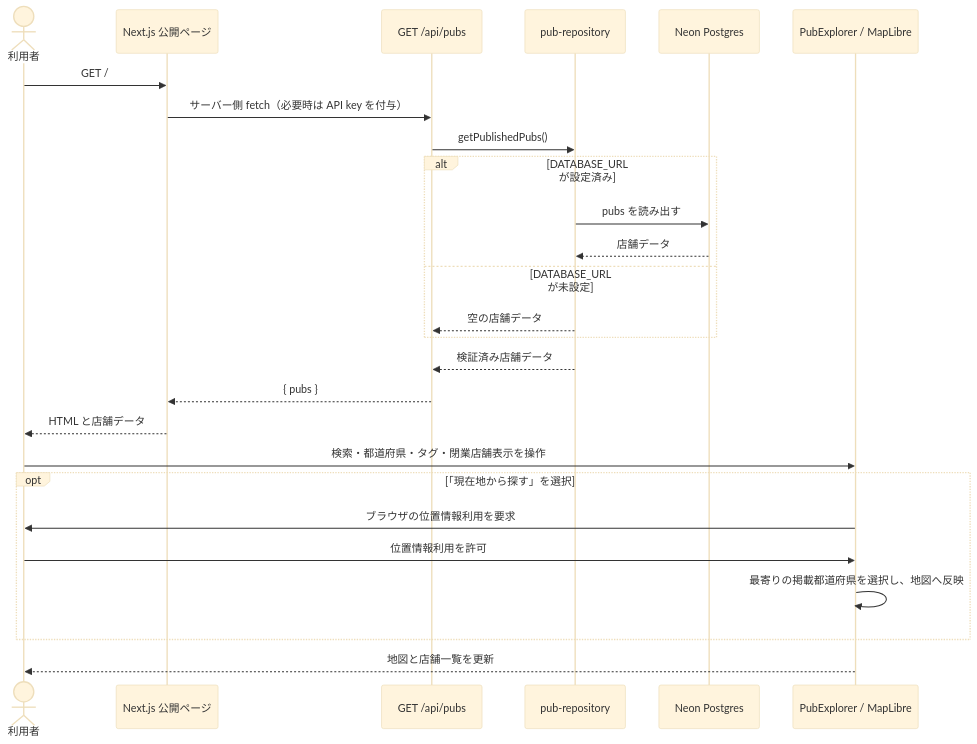
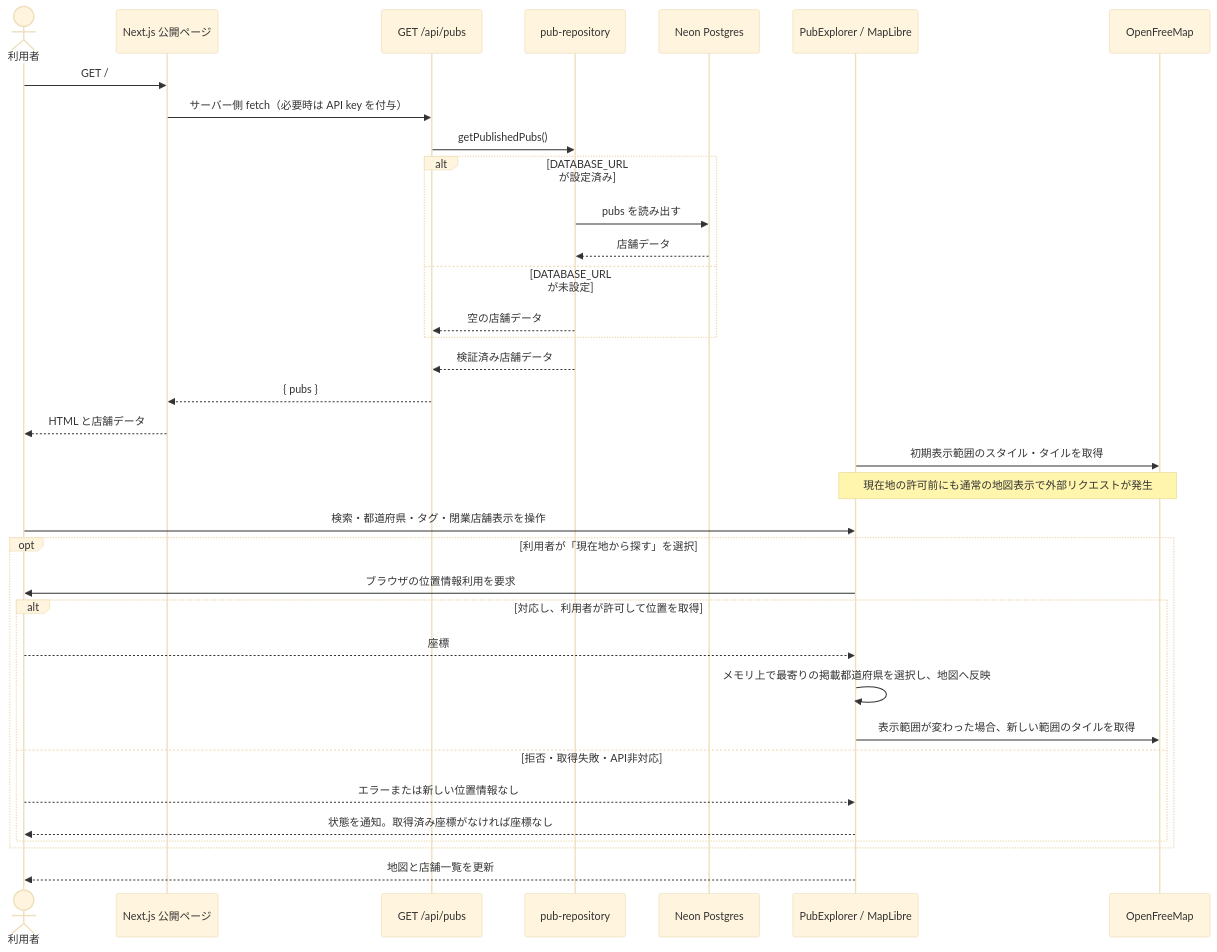
The first of 4 diagrams in docs/architecture/sequences.md (yusukefr/irishpub-map), drawn with Mermaid (base theme) before and after one commit. The commit also changed other lines of this file and 5 other files, not shown here.

First line of the commit message:
[Docs] Architecture・テスト・開発運用文書をMobile準備に同期 (#667)

````diff
--- a/docs/architecture/sequences.md
+++ b/docs/architecture/sequences.md
@@ -5,29 +5,38 @@
 ```mermaid
 sequenceDiagram
   actor Visitor as 利用者
   participant Page as Next.js 公開ページ
   participant API as GET /api/pubs
   participant Repository as pub-repository
   participant Neon as Neon Postgres
   participant Explorer as PubExplorer / MapLibre
+  participant MapProvider as OpenFreeMap
 
   Visitor->>Page: GET /
   Page->>API: サーバー側 fetch（必要時は API key を付与）
   API->>Repository: getPublishedPubs()
   alt DATABASE_URL が設定済み
     Repository->>Neon: pubs を読み出す
     Neon-->>Repository: 店舗データ
   else DATABASE_URL が未設定
     Repository-->>API: 空の店舗データ
   end
   Repository-->>API: 検証済み店舗データ
   API-->>Page: { pubs }
   Page-->>Visitor: HTML と店舗データ
+  Explorer->>MapProvider: 初期表示範囲のスタイル・タイルを取得
+  Note over Explorer,MapProvider: 現在地の許可前にも通常の地図表示で外部リクエストが発生
   Visitor->>Explorer: 検索・都道府県・タグ・閉業店舗表示を操作
-  opt 「現在地から探す」を選択
+  opt 利用者が「現在地から探す」を選択
     Explorer->>Visitor: ブラウザの位置情報利用を要求
-    Visitor->>Explorer: 位置情報利用を許可
-    Explorer->>Explorer: 最寄りの掲載都道府県を選択し、地図へ反映
+    alt 対応し、利用者が許可して位置を取得
+      Visitor-->>Explorer: 座標
+      Explorer->>Explorer: メモリ上で最寄りの掲載都道府県を選択し、地図へ反映
+      Explorer->>MapProvider: 表示範囲が変わった場合、新しい範囲のタイルを取得
+    else 拒否・取得失敗・API非対応
+      Visitor-->>Explorer: エラーまたは新しい位置情報なし
+      Explorer-->>Visitor: 状態を通知。取得済み座標がなければ座標なし
+    end
   end
   Explorer-->>Visitor: 地図と店舗一覧を更新
 ```
````
